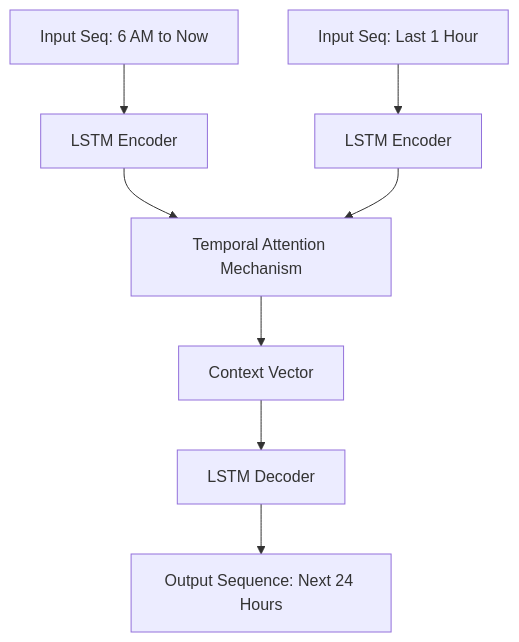
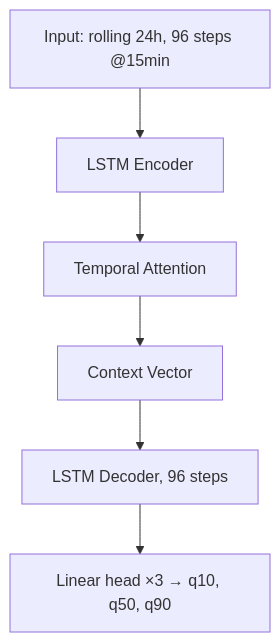
One commit to huynhhoang04/AirQualitySupervisionSystem changed the diagram in docs/dl.md. Above: the diagram before and after it, drawn with Mermaid. The commit also changed other lines of this file and 20 other files, not shown here.

````diff
--- a/docs/dl.md
+++ b/docs/dl.md
@@ -107,13 +127,8 @@
 ```mermaid
 graph TD
-    A[Input Seq: 6 AM to Now] --> C[LSTM Encoder]
-    B[Input Seq: Last 1 Hour] --> D[LSTM Encoder]
-    
-    C --> E[Temporal Attention Mechanism]
-    D --> E
-    
-    E --> F[Context Vector]
-    F --> G[LSTM Decoder]
-    
-    G --> H[Output Sequence: Next 24 Hours]
+    A[Input: rolling 24h, 96 steps @15min] --> B[LSTM Encoder]
+    B --> C[Temporal Attention]
+    C --> D[Context Vector]
+    D --> E[LSTM Decoder, 96 steps]
+    E --> F[Linear head ×3 → q10, q50, q90]
 ```
````
